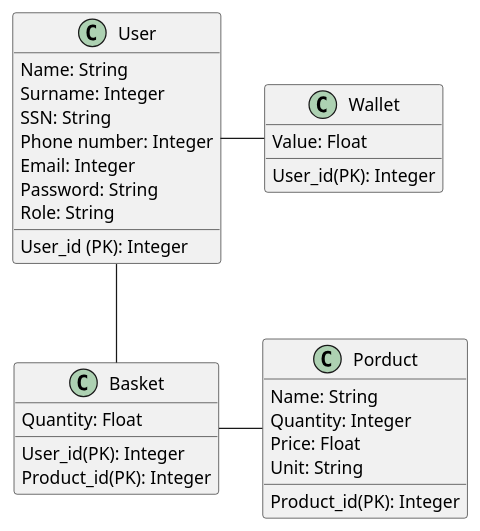
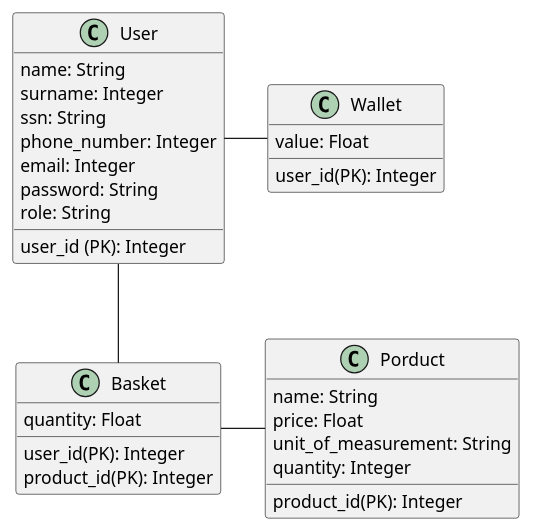
Before and after one commit to SE2-GROUP-P12/SPG: the diagram in Documentation/DB_structure.md, drawn with PlantUML. The commit also changed other lines of this file and 2 other files, not shown here.

Commit message:
fix: uppercase fields in db

````diff
--- a/Documentation/DB_structure.md
+++ b/Documentation/DB_structure.md
@@ -6,33 +8,33 @@
 ```plantuml
 @startuml
 Class User{
-    User_id (PK): Integer
-    Name: String
-    Surname: Integer
-    SSN: String
-    Phone number: Integer
-    Email: Integer
-    Password: String
-    Role: String
+    user_id (PK): Integer
+    name: String
+    surname: Integer
+    ssn: String
+    phone_number: Integer
+    email: Integer
+    password: String
+    role: String
 }
 Class Basket{
-    User_id(PK): Integer
-    Product_id(PK): Integer
-    Quantity: Float
+    user_id(PK): Integer
+    product_id(PK): Integer
+    quantity: Float
 }
 Class Porduct{
-    Product_id(PK): Integer
-    Name: String
-    Quantity: Integer
-    Price: Float
-    Unit: String
+    product_id(PK): Integer
+    name: String
+    price: Float
+    unit_of_measurement: String
+    quantity: Integer
 }
 Class Wallet{
-    User_id(PK): Integer
-    Value: Float
+    user_id(PK): Integer
+    value: Float
 }
 User--Basket
 Basket - Porduct
 User-Wallet
 @enduml
 ```
````
